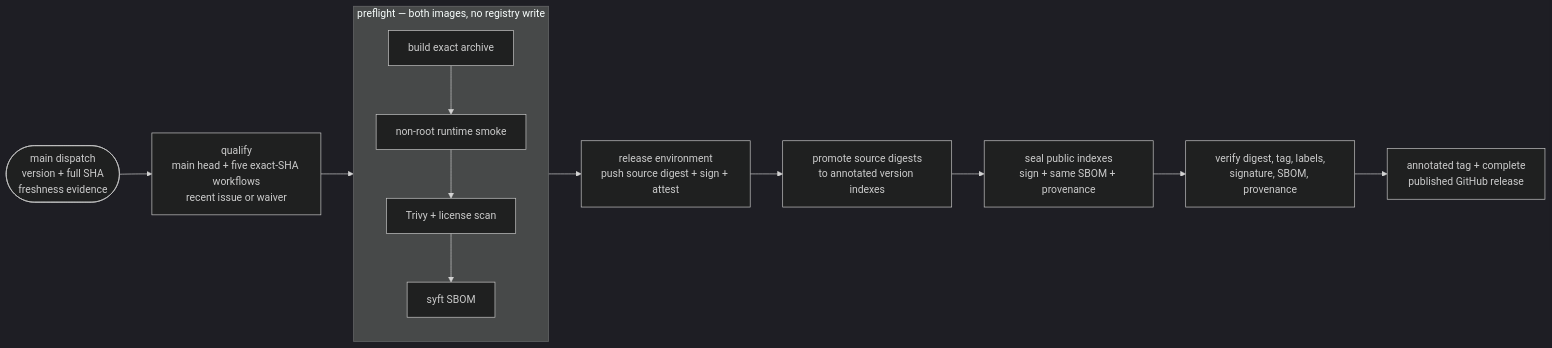
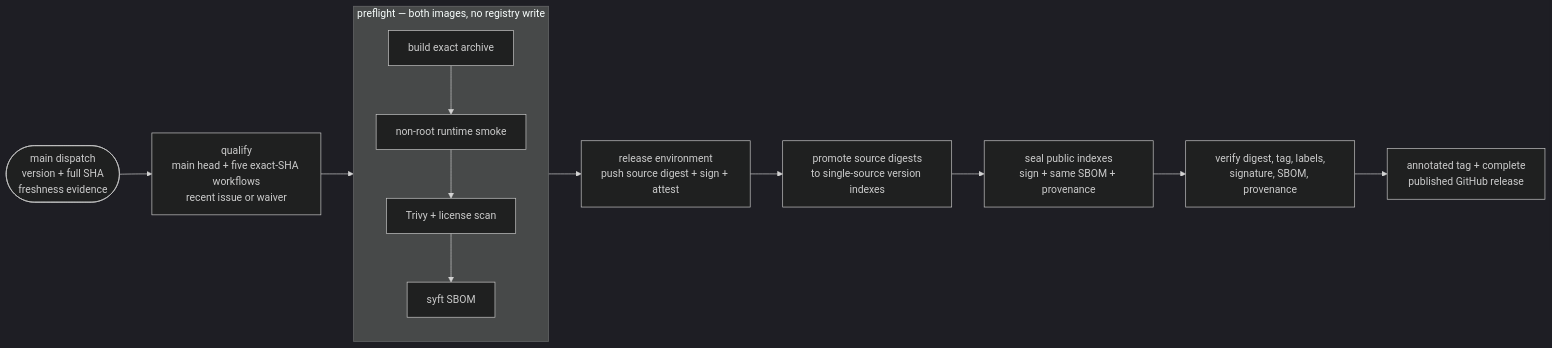
The diagram in docs/8. Community/8.2. Releases.md (LuiGGi629/agentops-open-course), drawn with Mermaid (dark theme) before and after one commit. The commit also changed other lines of this file and 8 other files, not shown here.

````diff
--- a/docs/8. Community/8.2. Releases.md
+++ b/docs/8. Community/8.2. Releases.md
@@ -123,14 +125,14 @@
 ```mermaid
 flowchart LR
     Dispatch(["main dispatch<br/>version + full SHA<br/>freshness evidence"]) --> Qualify["qualify<br/>main head + five exact-SHA workflows<br/>recent issue or waiver"]
     Qualify --> Preflight
     subgraph Preflight["preflight — both images, no registry write"]
         direction TB
         B["build exact archive"] --> Smoke["non-root runtime smoke"] --> Scan["Trivy + license scan"] --> SBOM["syft SBOM"]
     end
     Preflight --> Publish["release environment<br/>push source digest + sign + attest"]
-    Publish --> Promote["promote source digests<br/>to annotated version indexes"]
+    Publish --> Promote["promote source digests<br/>to single-source version indexes"]
     Promote --> Seal["seal public indexes<br/>sign + same SBOM + provenance"]
     Seal --> Verify["verify digest, tag, labels,<br/>signature, SBOM, provenance"]
     Verify --> Release["annotated tag + complete<br/>published GitHub release"]
 ```
````
